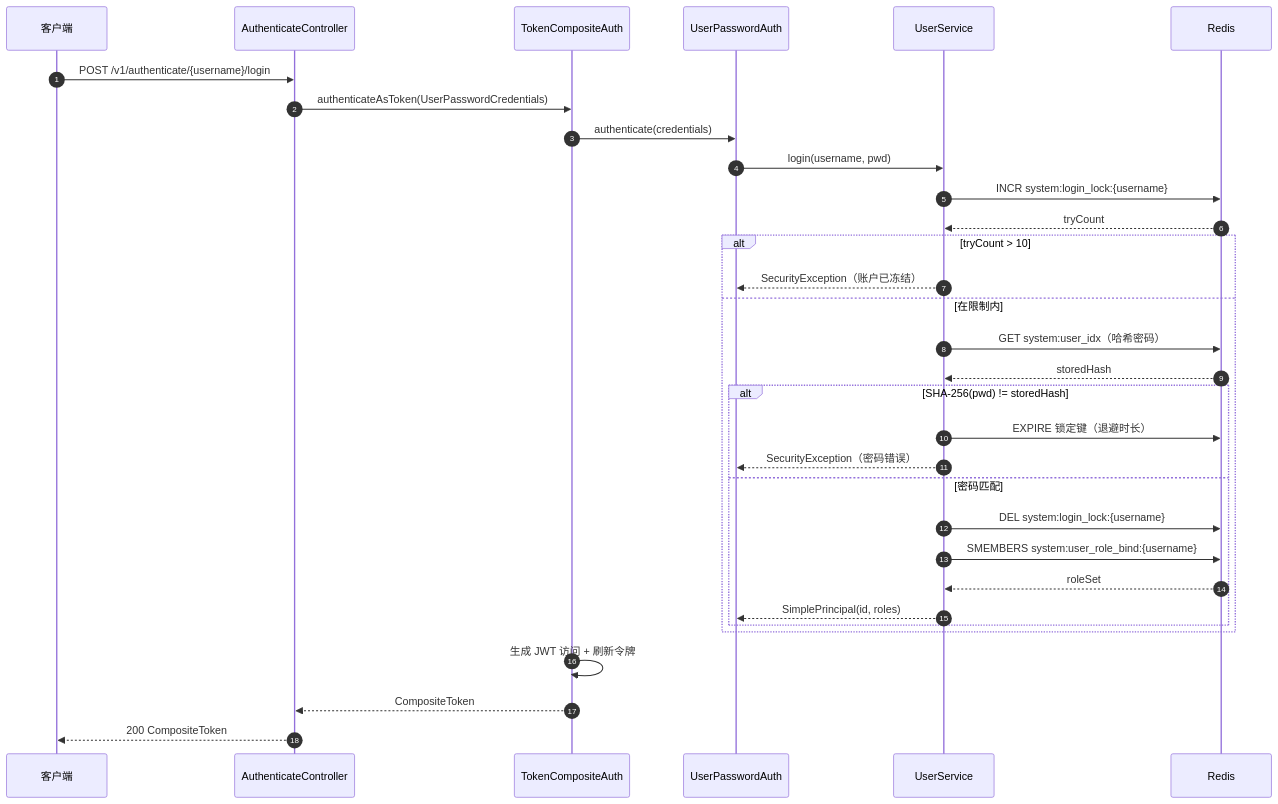
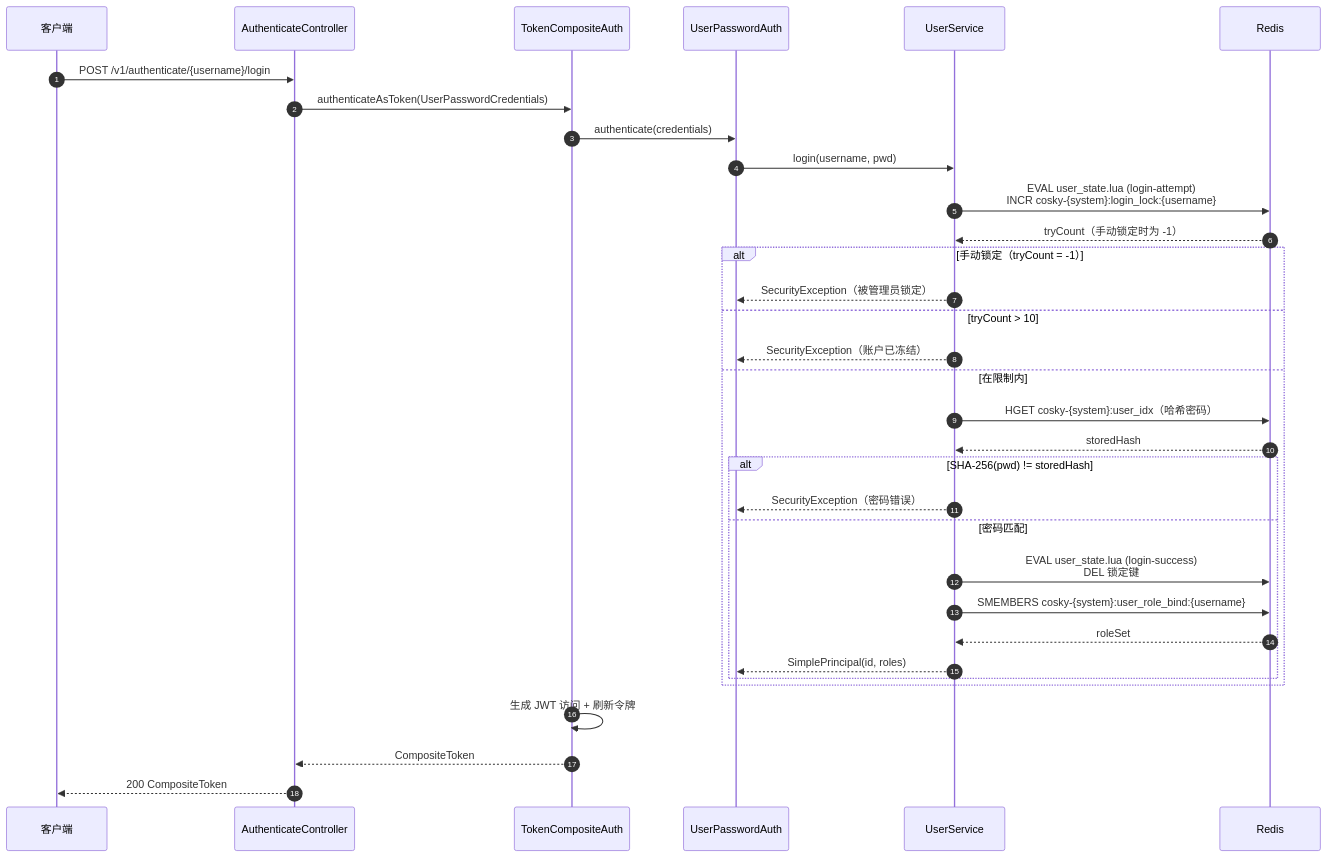
One commit to Ahoo-Wang/CoSky changed the second of 4 diagrams in wiki/zh/guide/security-rbac.md. Above: the diagram before and after it, drawn with Mermaid. The commit also changed other lines of this file and 36 other files, not shown here.

````diff
--- a/wiki/zh/guide/security-rbac.md
+++ b/wiki/zh/guide/security-rbac.md
@@ -79,35 +80,36 @@
 ```mermaid
 sequenceDiagram
     autonumber
     participant Client as 客户端
     participant AuthenticateController
     participant TokenCompositeAuth
     participant UserPasswordAuth
     participant UserService
     participant Redis
 
     Client->>AuthenticateController: POST /v1/authenticate/{username}/login
     AuthenticateController->>TokenCompositeAuth: authenticateAsToken(UserPasswordCredentials)
     TokenCompositeAuth->>UserPasswordAuth: authenticate(credentials)
     UserPasswordAuth->>UserService: login(username, pwd)
-    UserService->>Redis: INCR system:login_lock:{username}
-    Redis-->>UserService: tryCount
-    alt tryCount > 10
+    UserService->>Redis: EVAL user_state.lua (login-attempt)<br>INCR cosky-{system}:login_lock:{username}
+    Redis-->>UserService: tryCount（手动锁定时为 -1）
+    alt 手动锁定（tryCount = -1）
+        UserService-->>UserPasswordAuth: SecurityException（被管理员锁定）
+    else tryCount > 10
         UserService-->>UserPasswordAuth: SecurityException（账户已冻结）
     else 在限制内
-        UserService->>Redis: GET system:user_idx（哈希密码）
+        UserService->>Redis: HGET cosky-{system}:user_idx（哈希密码）
         Redis-->>UserService: storedHash
         alt SHA-256(pwd) != storedHash
-            UserService->>Redis: EXPIRE 锁定键（退避时长）
             UserService-->>UserPasswordAuth: SecurityException（密码错误）
         else 密码匹配
-            UserService->>Redis: DEL system:login_lock:{username}
-            UserService->>Redis: SMEMBERS system:user_role_bind:{username}
+            UserService->>Redis: EVAL user_state.lua (login-success)<br>DEL 锁定键
+            UserService->>Redis: SMEMBERS cosky-{system}:user_role_bind:{username}
             Redis-->>UserService: roleSet
             UserService-->>UserPasswordAuth: SimplePrincipal(id, roles)
         end
     end
     TokenCompositeAuth->>TokenCompositeAuth: 生成 JWT 访问 + 刷新令牌
     TokenCompositeAuth-->>AuthenticateController: CompositeToken
     AuthenticateController-->>Client: 200 CompositeToken
 ```
````
